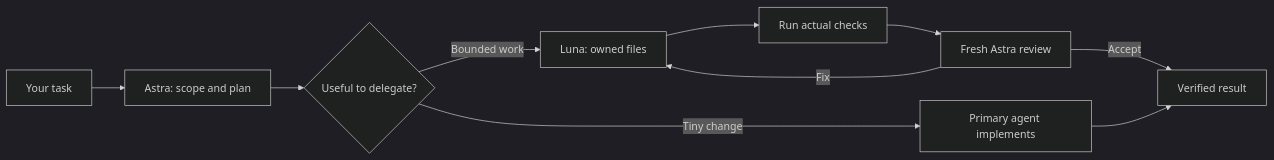
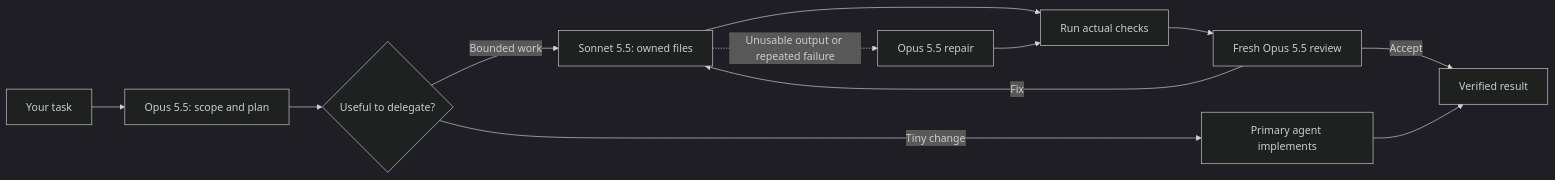
The diagram in README.md (shinjh0380/opus5.5-orchestrator), drawn with Mermaid (dark theme) before and after one commit. The commit also changed other lines of this file and 77 other files, not shown here.

First line of the commit message:
Switch orchestrator from Astra/Luna on Codex to Opus 5.5/Sonnet 5.5 on Claude Code

````diff
--- a/README.md
+++ b/README.md
@@ -20,12 +22,14 @@
 ```mermaid
 flowchart LR
-  Goal[Your task] --> Plan[Astra: scope and plan]
+  Goal[Your task] --> Plan[Opus 5.5: scope and plan]
   Plan --> Route{Useful to delegate?}
   Route -->|Tiny change| Solo[Primary agent implements]
-  Route -->|Bounded work| Luna[Luna: owned files]
-  Luna --> Checks[Run actual checks]
-  Checks --> Review[Fresh Astra review]
+  Route -->|Bounded work| Worker[Sonnet 5.5: owned files]
+  Worker --> Checks[Run actual checks]
+  Checks --> Review[Fresh Opus 5.5 review]
   Review -->|Accept| Done[Verified result]
-  Review -->|Fix| Luna
+  Review -->|Fix| Worker
+  Worker -.->|Unusable output or repeated failure| Escalate[Opus 5.5 repair]
+  Escalate --> Checks
   Solo --> Done
 ```
````
